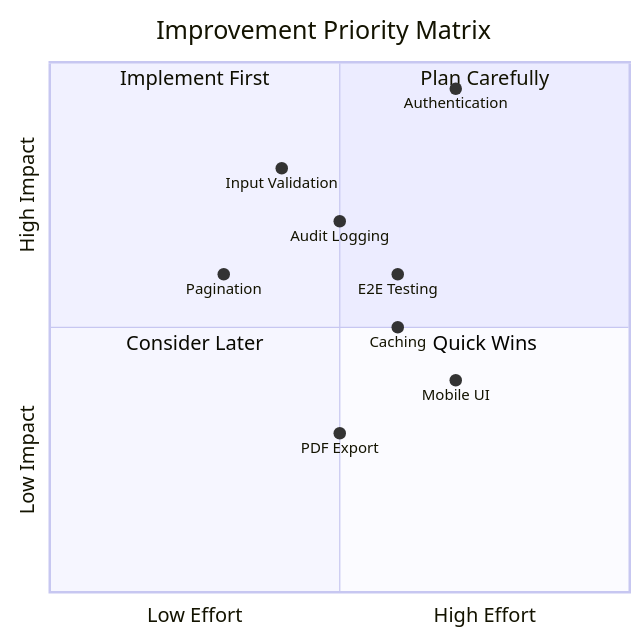
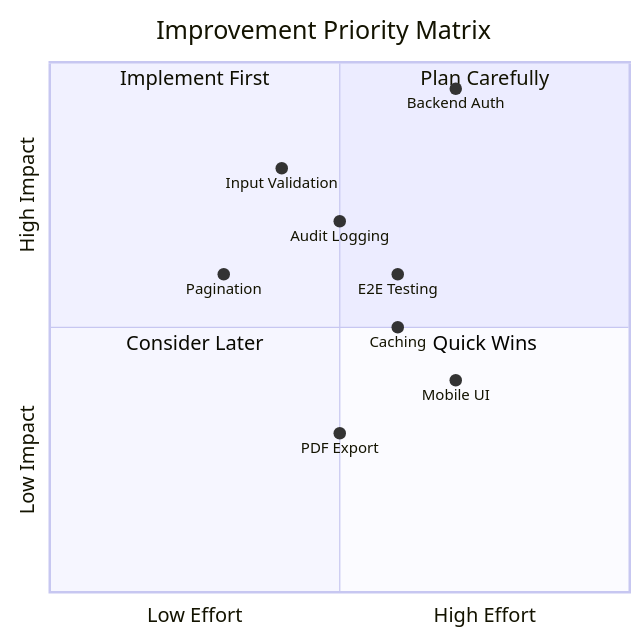
One commit to HaochenFa/COMP2411_DBMS_CMMS_GroupProject changed the seventh of 14 diagrams in PROJECT_REPORT.md. Above: the diagram before and after it, drawn with Mermaid. The commit also changed other lines of this file and 14 other files, not shown here.

````diff
--- a/PROJECT_REPORT.md
+++ b/PROJECT_REPORT.md
@@ -351,19 +356,19 @@
 ```mermaid
 quadrantChart
     title Improvement Priority Matrix
     x-axis Low Effort --> High Effort
     y-axis Low Impact --> High Impact
     quadrant-1 Plan Carefully
     quadrant-2 Implement First
     quadrant-3 Consider Later
     quadrant-4 Quick Wins
 
-    Authentication: [0.7, 0.95]
+    Backend Auth: [0.7, 0.95]
     Input Validation: [0.4, 0.8]
     Pagination: [0.3, 0.6]
     Audit Logging: [0.5, 0.7]
     Caching: [0.6, 0.5]
     Mobile UI: [0.7, 0.4]
     PDF Export: [0.5, 0.3]
     E2E Testing: [0.6, 0.6]
 ```
````
